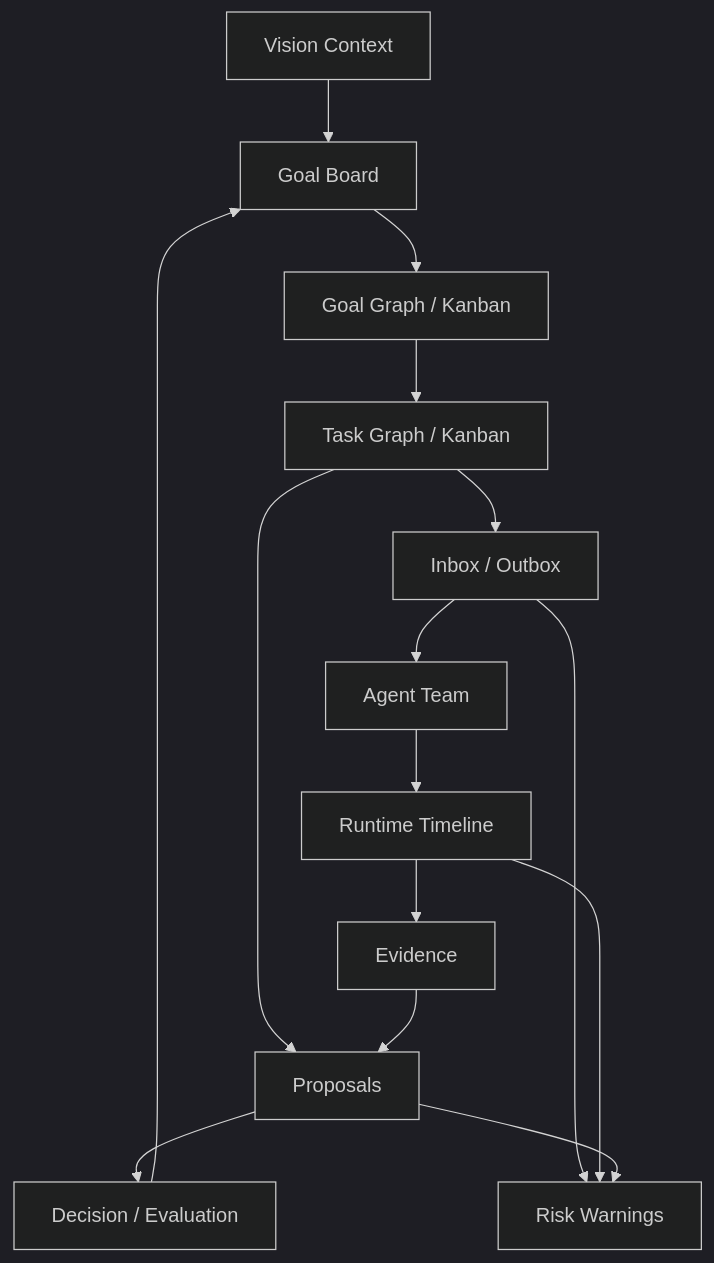
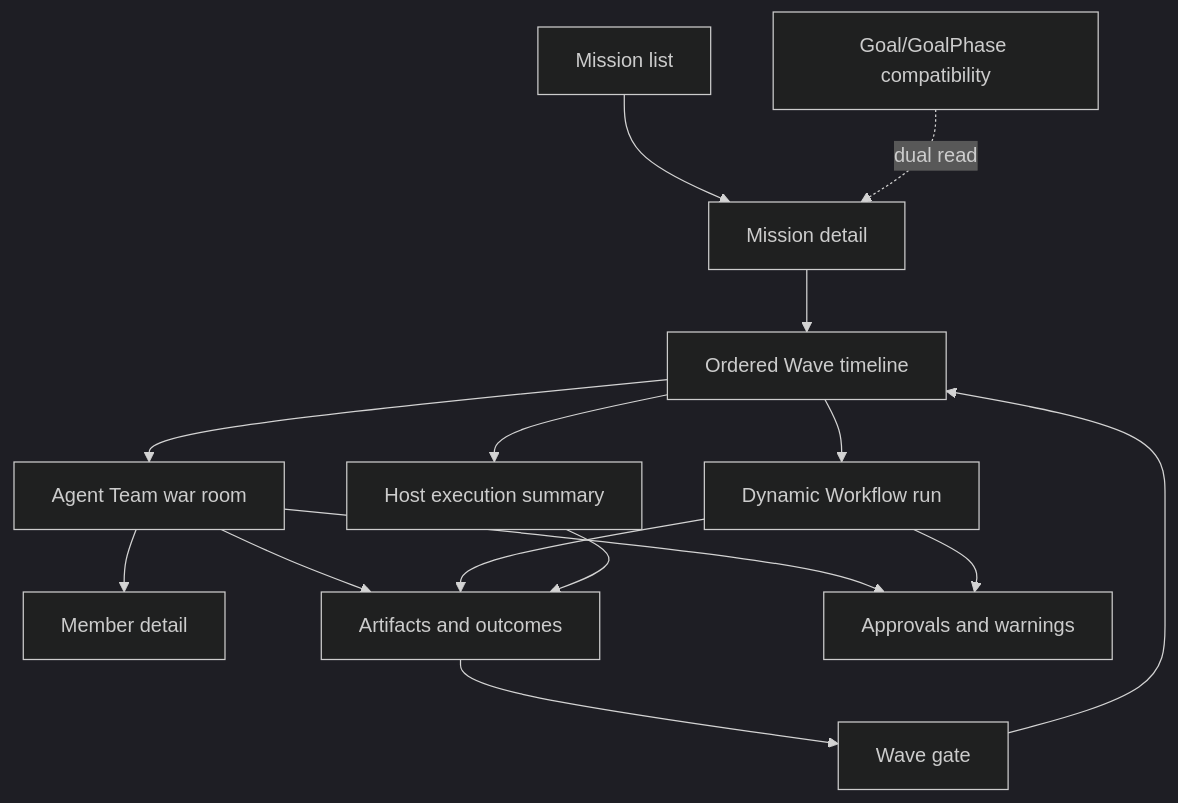
Before and after one commit to cyl19970726/multi-agent-harness: the diagram in docs/dashboard.md, drawn with Mermaid (dark theme). The commit also changed other lines of this file and 61 other files, not shown here.

Commit message:
design: adopt mission wave architecture

````diff
--- a/docs/dashboard.md
+++ b/docs/dashboard.md
@@ -50,29 +41,29 @@
 ```mermaid
 flowchart TD
-  Vision[Vision Context]
-  Goal[Goal Board]
-  GoalView[Goal Graph / Kanban]
-  Task[Task Graph / Kanban]
-  Team[Agent Team]
-  Msg[Inbox / Outbox]
-  Runtime[Runtime Timeline]
-  Proposal[Proposals]
-  Evidence[Evidence]
-  Decision[Decision / Evaluation]
-  Warnings[Risk Warnings]
+  Missions[Mission list]
+  Mission[Mission detail]
+  Waves[Ordered Wave timeline]
+  Team[Agent Team war room]
+  Workflow[Dynamic Workflow run]
+  Host[Host execution summary]
+  Member[Member detail]
+  Artifacts[Artifacts and outcomes]
+  Gate[Wave gate]
+  Warnings[Approvals and warnings]
+  Compat[Goal/GoalPhase compatibility]
 
-  Vision --> Goal
-  Goal --> GoalView
-  GoalView --> Task
-  Task --> Msg
-  Msg --> Team
-  Team --> Runtime
-  Runtime --> Evidence
-  Task --> Proposal
-  Evidence --> Proposal
-  Proposal --> Decision
-  Decision --> Goal
-  Msg --> Warnings
-  Runtime --> Warnings
-  Proposal --> Warnings
+  Missions --> Mission
+  Mission --> Waves
+  Waves --> Team
+  Waves --> Workflow
+  Waves --> Host
+  Team --> Member
+  Team --> Artifacts
+  Workflow --> Artifacts
+  Host --> Artifacts
+  Artifacts --> Gate
+  Gate --> Waves
+  Team --> Warnings
+  Workflow --> Warnings
+  Compat -. dual read .-> Mission
 ```
````
